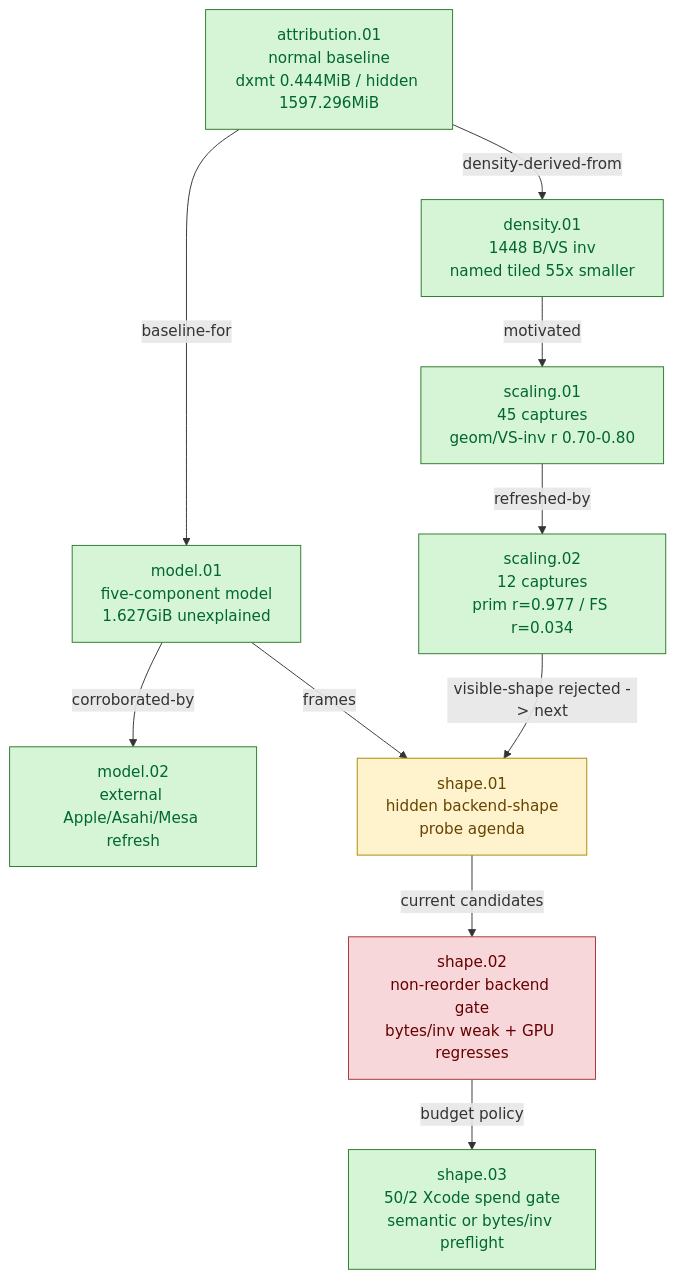
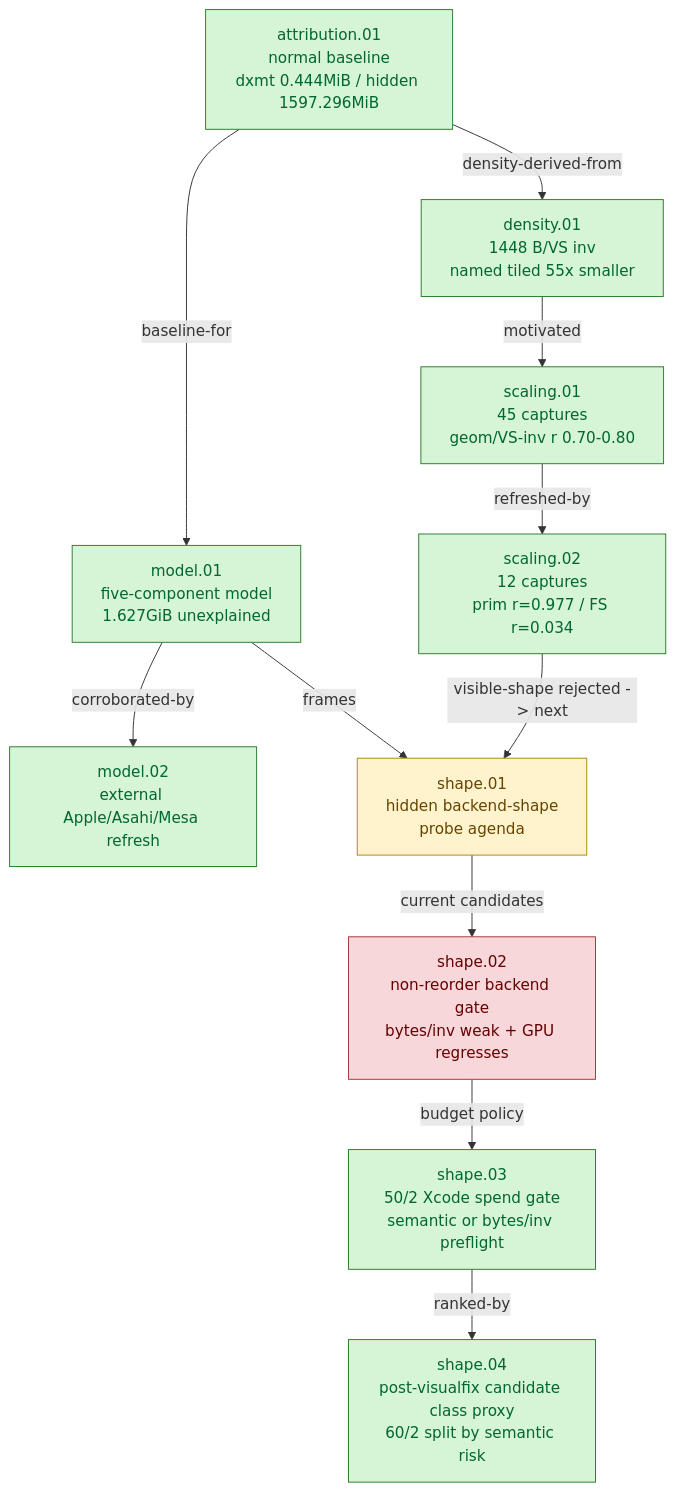
Before and after one commit to dfdgsdfg/dxmt9: the diagram in docs/perfomance/hidden-backend-storage.md, drawn with Mermaid. The commit also changed other lines of this file and 23 other files, not shown here.

````diff
--- a/docs/perfomance/hidden-backend-storage.md
+++ b/docs/perfomance/hidden-backend-storage.md
@@ -53,26 +54,28 @@
 ```mermaid
 flowchart TD
   classDef accepted fill:#d6f5d6,stroke:#2b7a2b,color:#063
   classDef rejected fill:#f8d7da,stroke:#a33,color:#600
   classDef open fill:#fff3cd,stroke:#a80,color:#640
 
   Model["model.01\nfive-component model\n1.627GiB unexplained"]:::accepted
   Ext["model.02\nexternal Apple/Asahi/Mesa refresh"]:::accepted
   Attr["attribution.01\nnormal baseline\ndxmt 0.444MiB / hidden 1597.296MiB"]:::accepted
   Density["density.01\n1448 B/VS inv\nnamed tiled 55x smaller"]:::accepted
   Scale1["scaling.01\n45 captures\ngeom/VS-inv r 0.70-0.80"]:::accepted
   Scale2["scaling.02\n12 captures\nprim r=0.977 / FS r=0.034"]:::accepted
   Shape["shape.01\nhidden backend-shape\nprobe agenda"]:::open
   ShapeGate["shape.02\nnon-reorder backend gate\nbytes/inv weak + GPU regresses"]:::rejected
   SpendGate["shape.03\n50/2 Xcode spend gate\nsemantic or bytes/inv preflight"]:::accepted
+  ClassProxy["shape.04\npost-visualfix candidate class proxy\n60/2 split by semantic risk"]:::accepted
 
   Attr -->|"baseline-for"| Model
   Model -->|"corroborated-by"| Ext
   Attr -->|"density-derived-from"| Density
   Density -->|"motivated"| Scale1
   Scale1 -->|"refreshed-by"| Scale2
   Scale2 -->|"visible-shape rejected -> next"| Shape
   Shape -->|"current candidates"| ShapeGate
   ShapeGate -->|"budget policy"| SpendGate
+  SpendGate -->|"ranked-by"| ClassProxy
   Model -->|"frames"| Shape
 ```
````
